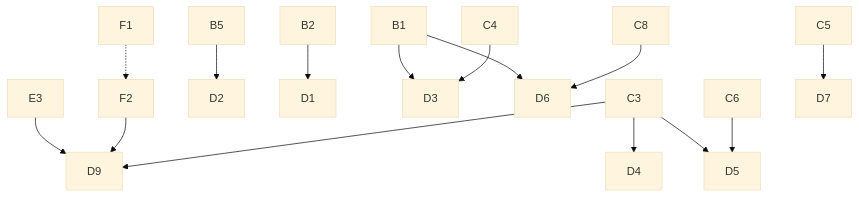
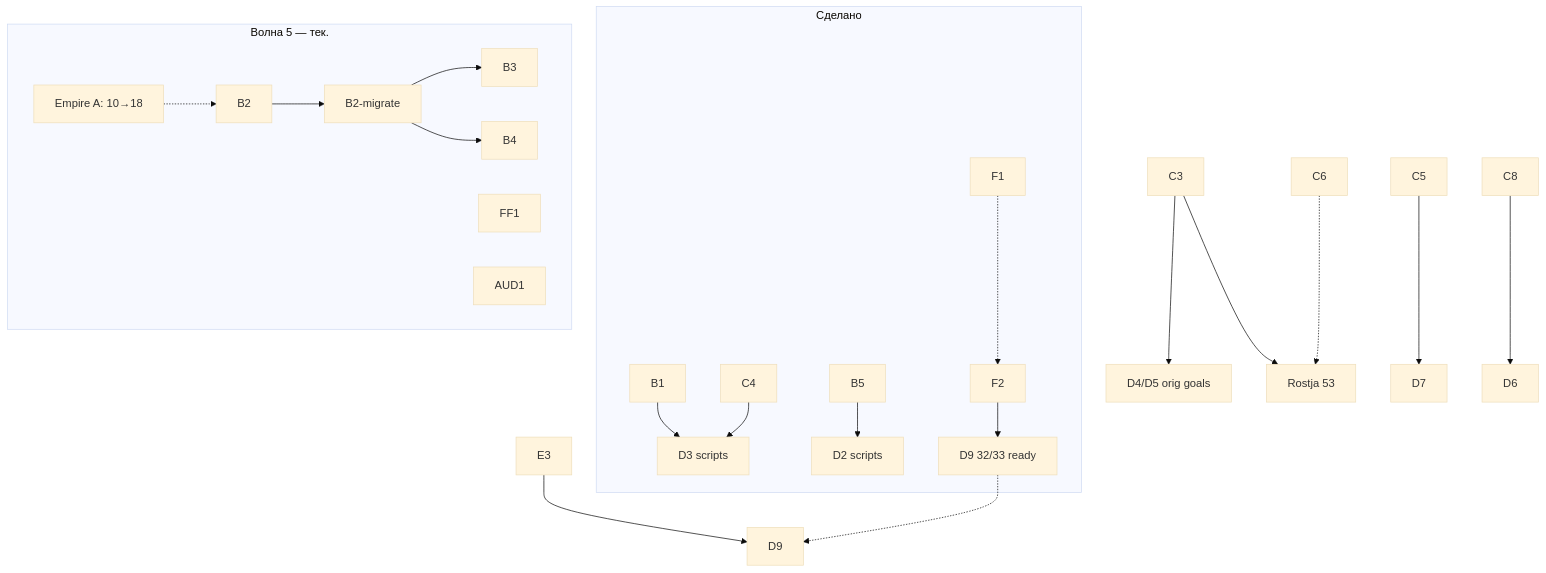
The diagram in REMAKE_TASKS_P1.md (parhelia512/Akhenaten), drawn with Mermaid (base theme) before and after one commit. The commit also changed other lines of this file and 16 other files, not shown here.

````diff
--- a/REMAKE_TASKS_P1.md
+++ b/REMAKE_TASKS_P1.md
@@ -835,17 +874,28 @@
 ```mermaid
 flowchart TD
-  E3 --> D9
-  F2 --> D9
-  F1 -.-> F2
-  B5 --> D2
-  B2 --> D1
-  B1 --> D3
-  B1 --> D6
-  C3 --> D4
-  C3 --> D5
-  C3 --> D9
-  C4 --> D3
-  C6 --> D5
+  subgraph done [Сделано]
+    B1 --> D3done[D3 scripts]
+    B5 --> D2done[D2 scripts]
+    C4 --> D3done
+    F1 -.-> F2
+    F2 --> D9ready[D9 32/33 ready]
+  end
+
+  subgraph now [Волна 5 — тек.]
+    EmpA[Empire A: 10→18] 
+    B2 --> B2mig[B2-migrate]
+    B2mig --> B3
+    B2mig --> B4
+    FF1
+    AUD1
+  end
+
+  EmpA -.-> B2
+  C3 --> D4goal[D4/D5 orig goals]
+  C3 --> D5goal[Rostja 53]
+  C6 -.-> D5goal
   C5 --> D7
   C8 --> D6
+  E3 --> D9
+  D9ready -.-> D9
 ```
````
